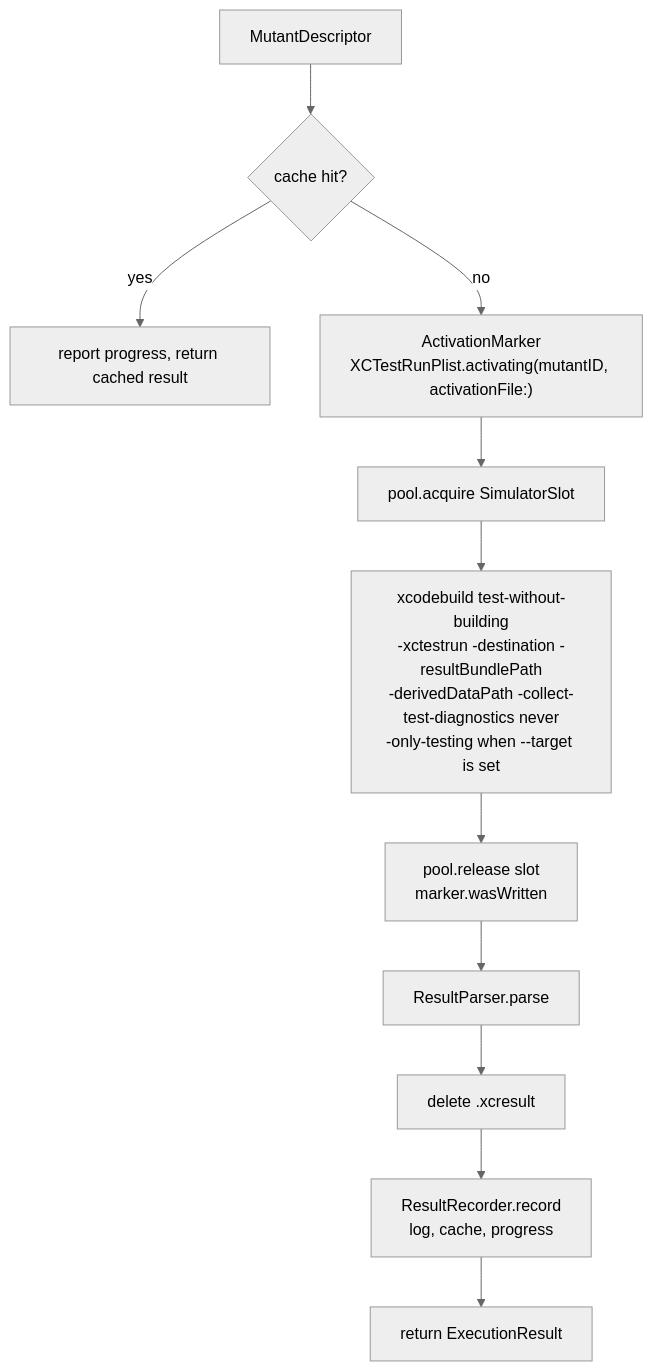
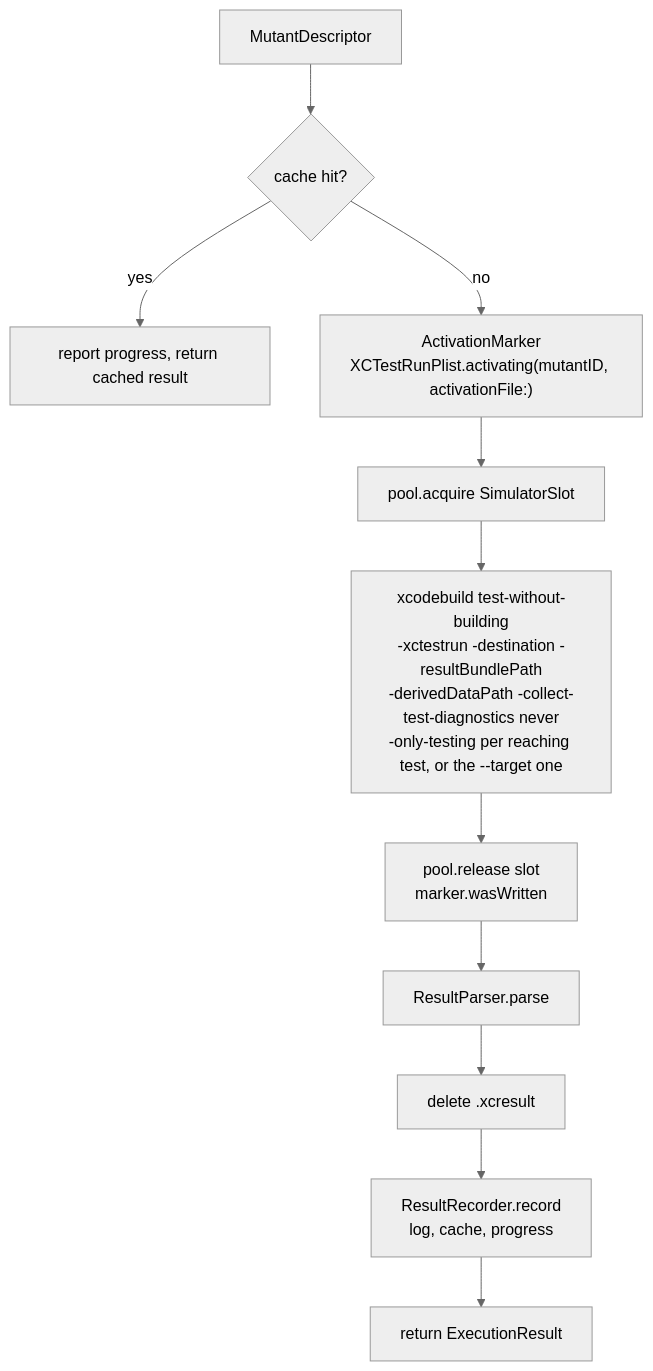
Before and after one commit to ericodx/swift-mutation-testing: the second of 6 diagrams in Docs/CodeBase/07-execution.md, drawn with Mermaid (neutral theme). The commit also changed other lines of this file and 3 other files, not shown here.

Commit message:
docs: describe the coverage map on the Xcode path, the fd 2 redirect in the host, the serialized collecting baseline, the console ids completed from the xcresult and the -only-testing list per mutant

````diff
--- a/Docs/CodeBase/07-execution.md
+++ b/Docs/CodeBase/07-execution.md
@@ -446,13 +450,13 @@
 ```mermaid
 flowchart TD
     M["MutantDescriptor"] --> CACHED{"cache hit?"}
     CACHED -- yes --> REPORT["report progress, return cached result"]
     CACHED -- no --> PLIST["ActivationMarker<br>XCTestRunPlist.activating(mutantID, activationFile:)"]
     PLIST --> ACQUIRE["pool.acquire SimulatorSlot"]
-    ACQUIRE --> LAUNCH["xcodebuild test-without-building<br>-xctestrun -destination -resultBundlePath<br>-derivedDataPath -collect-test-diagnostics never<br>-only-testing when --target is set"]
+    ACQUIRE --> LAUNCH["xcodebuild test-without-building<br>-xctestrun -destination -resultBundlePath<br>-derivedDataPath -collect-test-diagnostics never<br>-only-testing per reaching test, or the --target one"]
     LAUNCH --> RELEASE["pool.release slot<br>marker.wasWritten"]
     RELEASE --> PARSE["ResultParser.parse"]
     PARSE --> CLEANUP["delete .xcresult"]
     CLEANUP --> STORE["ResultRecorder.record<br>log, cache, progress"]
     STORE --> REPORT2["return ExecutionResult"]
 ```
````
